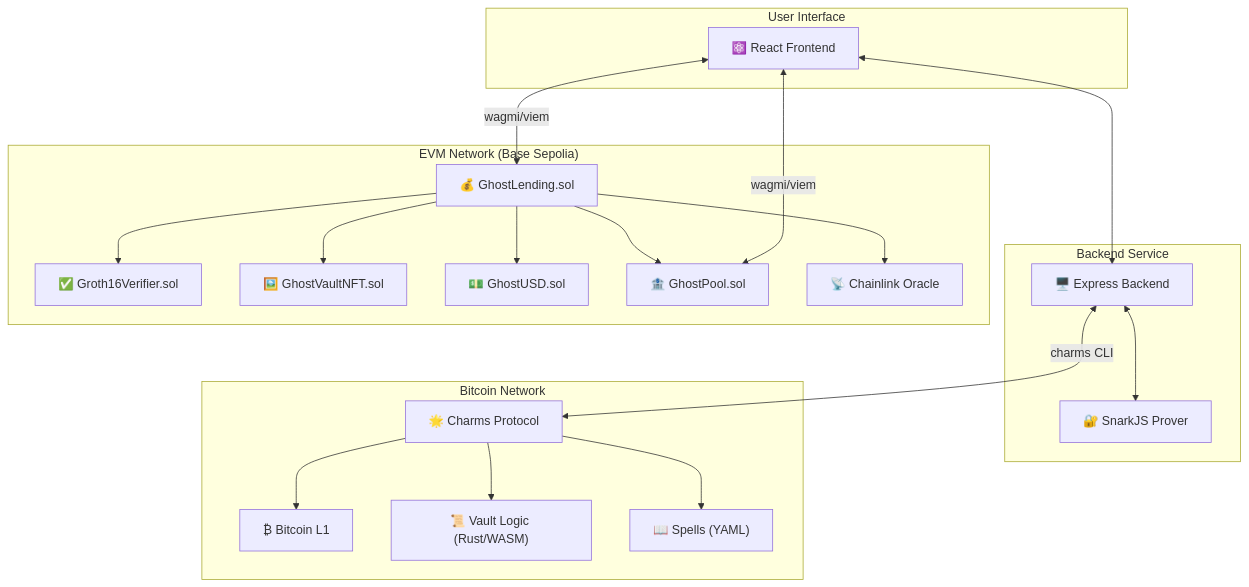
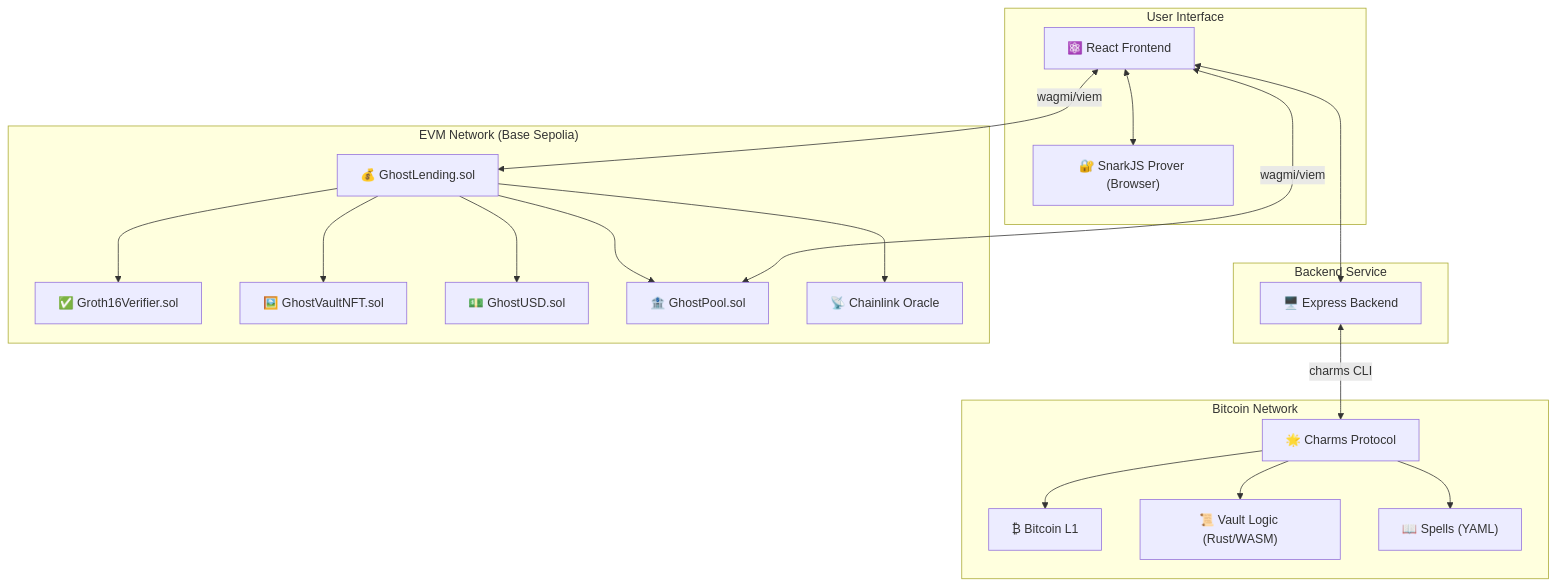
The first of 4 diagrams in README.md (Satianurag/ghostyield), drawn with Mermaid before and after one commit. The commit also changed other lines of this file and 1 other file, not shown here.

````diff
--- a/README.md
+++ b/README.md
@@ -96,41 +96,41 @@
 ```mermaid
 flowchart TB
     subgraph "User Interface"
         UI["⚛️ React Frontend"]
+        ZK["🔐 SnarkJS Prover (Browser)"]
     end
 
     subgraph "Backend Service"
         BE["🖥️ Express Backend"]
-        ZK["🔐 SnarkJS Prover"]
     end
 
     subgraph "Bitcoin Network"
         BTC["₿ Bitcoin L1"]
         CHARMS["🌟 Charms Protocol"]
         VAULT_LOGIC["📜 Vault Logic (Rust/WASM)"]
         SPELLS["📖 Spells (YAML)"]
     end
 
     subgraph "EVM Network (Base Sepolia)"
         VERIFIER["✅ Groth16Verifier.sol"]
         LENDING["💰 GhostLending.sol"]
         NFT["🖼️ GhostVaultNFT.sol"]
         GUSD["💵 GhostUSD.sol"]
         POOL["🏦 GhostPool.sol"]
         ORACLE["📡 Chainlink Oracle"]
     end
 
+    UI <--> ZK
     UI <---> BE
     UI <--"wagmi/viem"--> LENDING
     UI <--"wagmi/viem"--> POOL
-    BE <--> ZK
     BE <--"charms CLI"--> CHARMS
     CHARMS --> BTC
     CHARMS --> VAULT_LOGIC
     CHARMS --> SPELLS
     LENDING --> VERIFIER
     LENDING --> NFT
     LENDING --> POOL
     LENDING --> GUSD
     LENDING --> ORACLE
 ```
````
